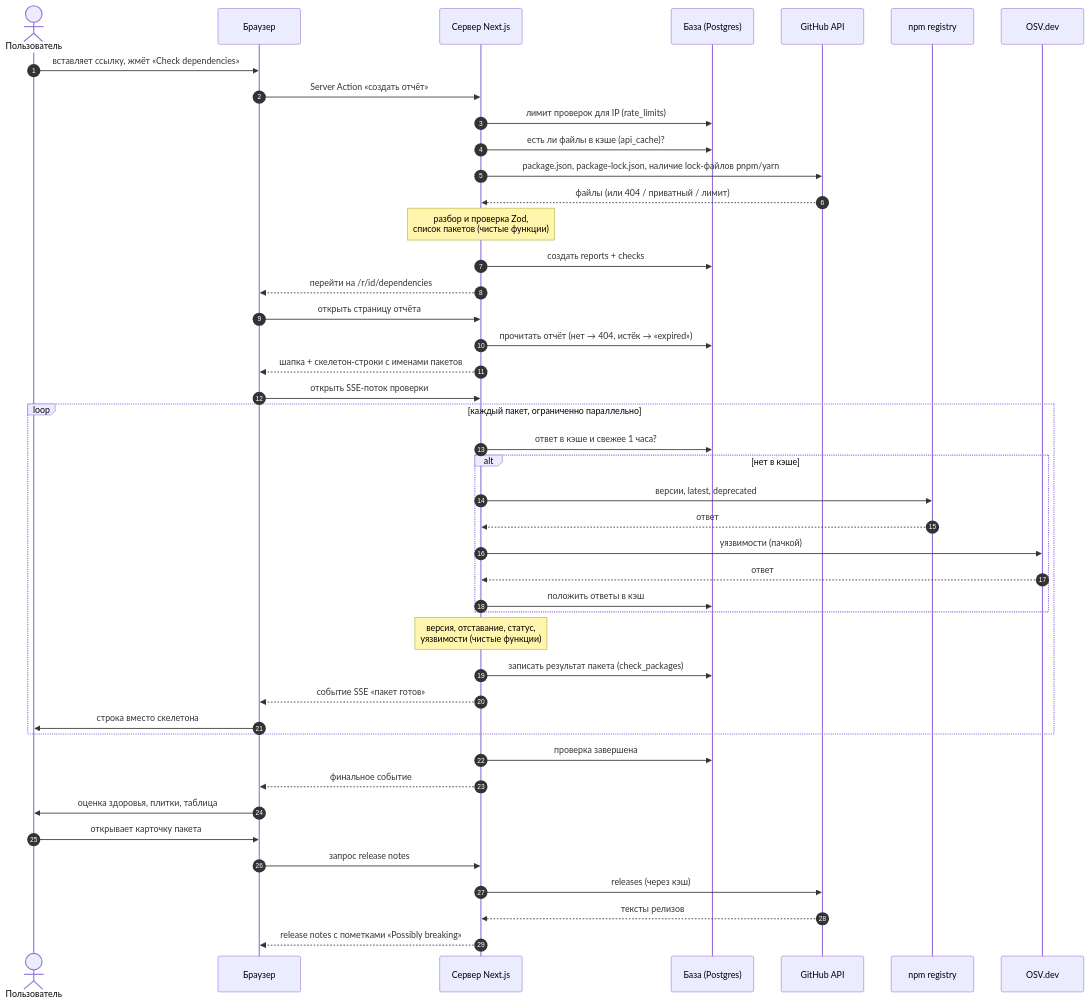
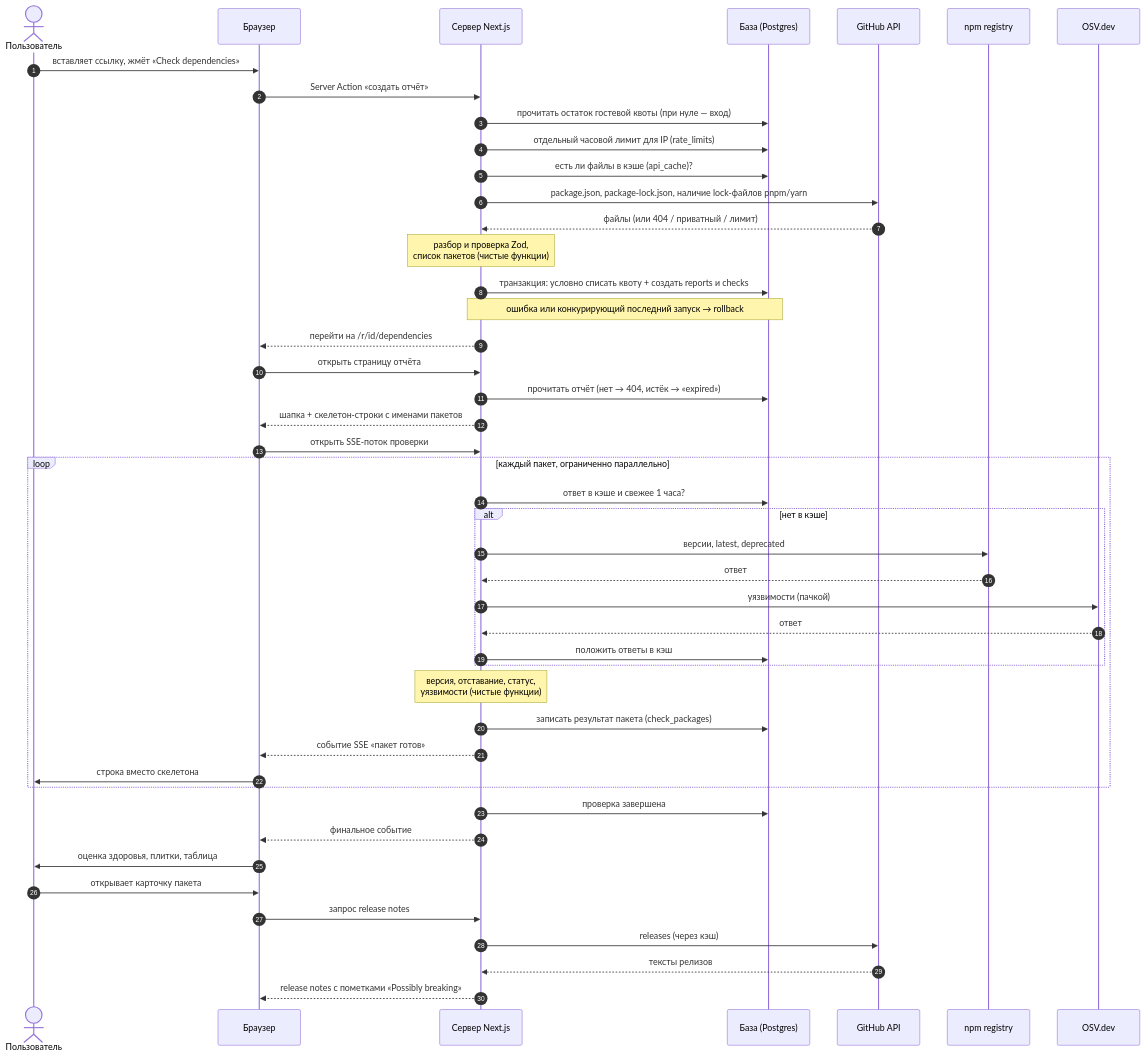
The diagram in docs/architecture.md (two-lifes/dependency-radar), drawn with Mermaid before and after one commit. The commit also changed other lines of this file and 4 other files, not shown here.

````diff
--- a/docs/architecture.md
+++ b/docs/architecture.md
@@ -112,51 +118,53 @@
 ```mermaid
 sequenceDiagram
     autonumber
     actor U as Пользователь
     participant B as Браузер
     participant S as Сервер Next.js
     participant DB as База (Postgres)
     participant GH as GitHub API
     participant NPM as npm registry
     participant OSV as OSV.dev
 
     U->>B: вставляет ссылку, жмёт «Check dependencies»
     B->>S: Server Action «создать отчёт»
-    S->>DB: лимит проверок для IP (rate_limits)
+    S->>DB: прочитать остаток гостевой квоты (при нуле — вход)
+    S->>DB: отдельный часовой лимит для IP (rate_limits)
     S->>DB: есть ли файлы в кэше (api_cache)?
     S->>GH: package.json, package-lock.json, наличие lock-файлов pnpm/yarn
     GH-->>S: файлы (или 404 / приватный / лимит)
     Note over S: разбор и проверка Zod,<br/>список пакетов (чистые функции)
-    S->>DB: создать reports + checks
+    S->>DB: транзакция: условно списать квоту + создать reports и checks
+    Note over S,DB: ошибка или конкурирующий последний запуск → rollback
     S-->>B: перейти на /r/id/dependencies
 
     B->>S: открыть страницу отчёта
     S->>DB: прочитать отчёт (нет → 404, истёк → «expired»)
     S-->>B: шапка + скелетон-строки с именами пакетов
     B->>S: открыть SSE-поток проверки
 
     loop каждый пакет, ограниченно параллельно
         S->>DB: ответ в кэше и свежее 1 часа?
         alt нет в кэше
             S->>NPM: версии, latest, deprecated
             NPM-->>S: ответ
             S->>OSV: уязвимости (пачкой)
             OSV-->>S: ответ
             S->>DB: положить ответы в кэш
         end
         Note over S: версия, отставание, статус,<br/>уязвимости (чистые функции)
         S->>DB: записать результат пакета (check_packages)
         S-->>B: событие SSE «пакет готов»
         B->>U: строка вместо скелетона
     end
 
     S->>DB: проверка завершена
     S-->>B: финальное событие
     B->>U: оценка здоровья, плитки, таблица
 
     U->>B: открывает карточку пакета
     B->>S: запрос release notes
     S->>GH: releases (через кэш)
     GH-->>S: тексты релизов
     S-->>B: release notes с пометками «Possibly breaking»
 ```
````
